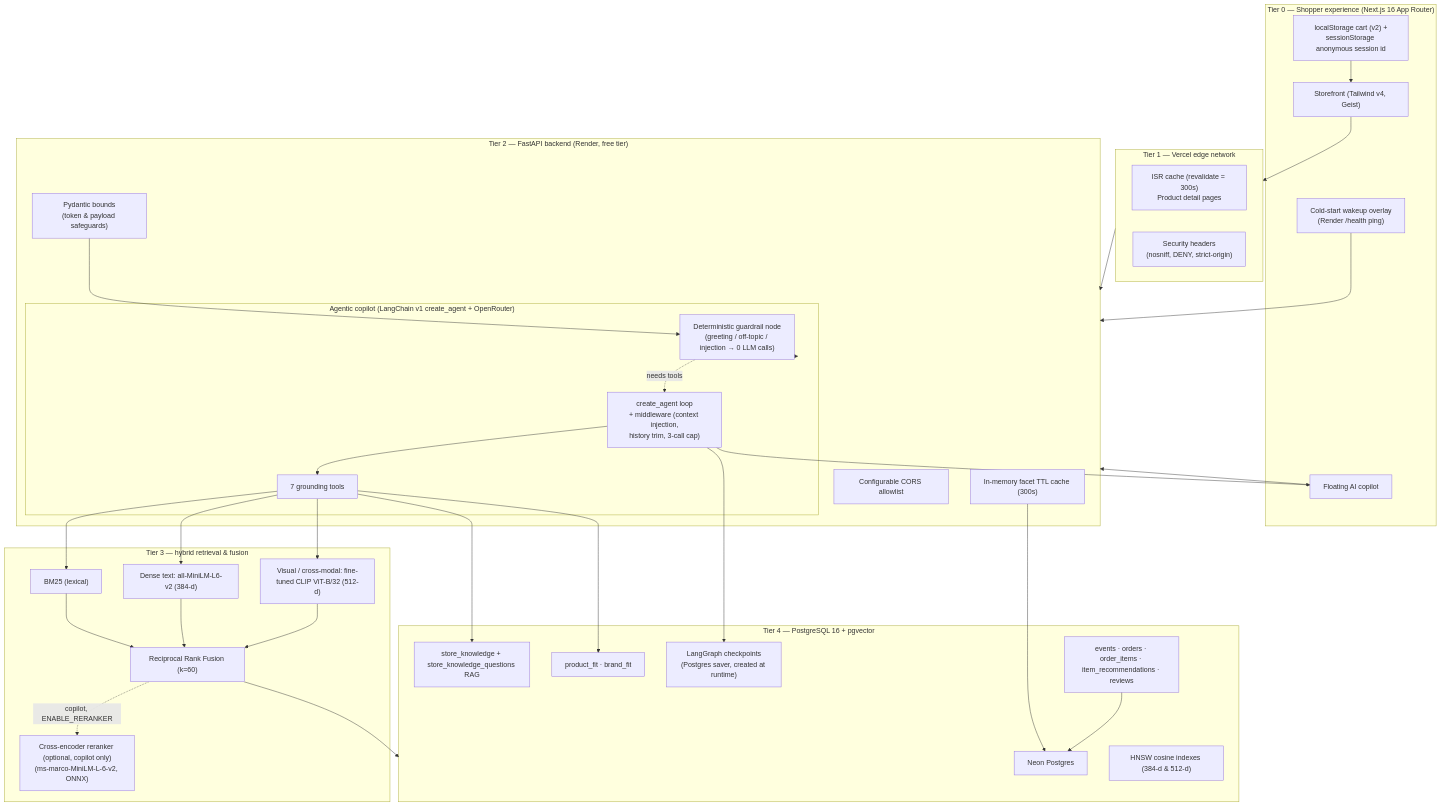
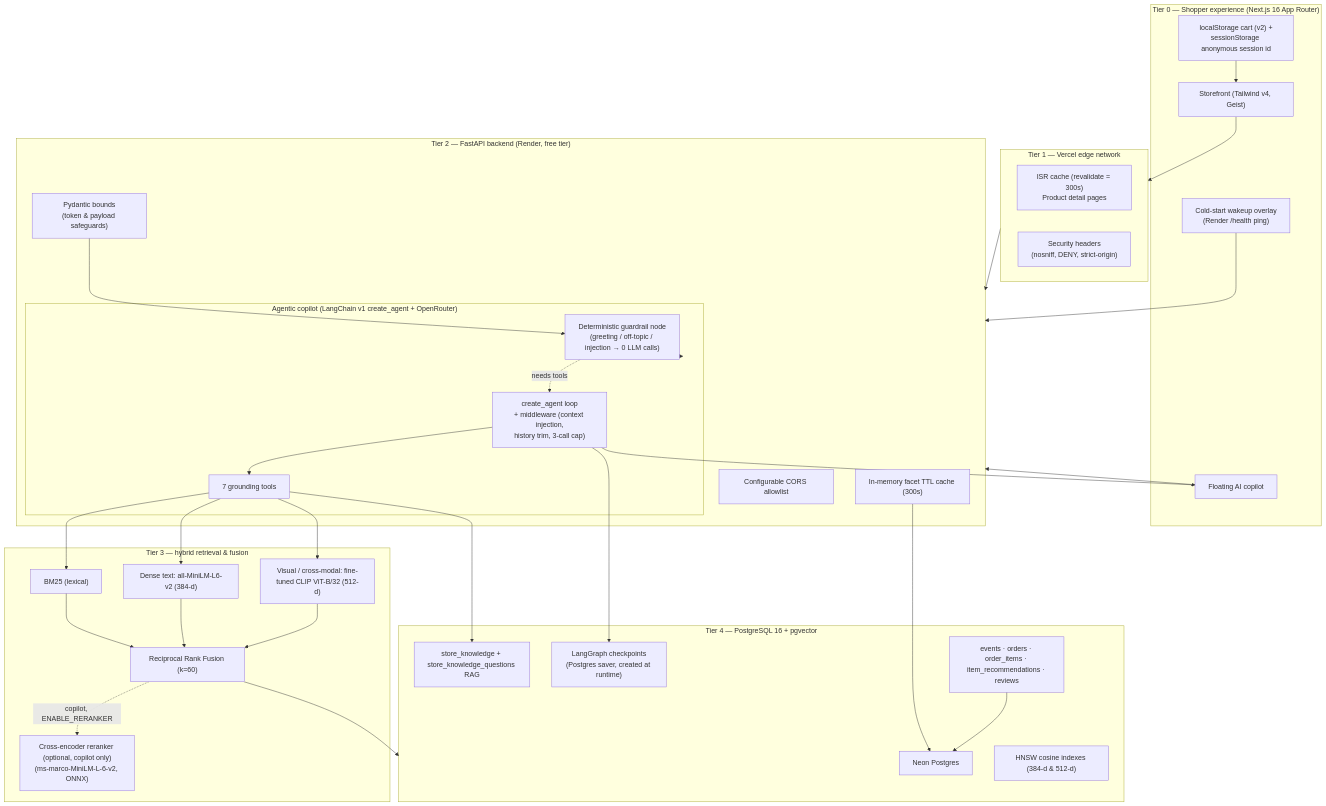
One commit to marknshoot/toko-marcell changed the first of 4 diagrams in README.md. Above: the diagram before and after it, drawn with Mermaid. The commit also changed other lines of this file and 25 other files, not shown here.

First line of the commit message:
refactor(sizing): drop review-derived fit signals, serve sizing from the authored chart

````diff
--- a/README.md
+++ b/README.md
@@ -171,59 +171,57 @@
 ```mermaid
 flowchart TD
     subgraph Client["Tier 0 — Shopper experience (Next.js 16 App Router)"]
         UI["Storefront (Tailwind v4, Geist)"]
         Chat["Floating AI copilot"]
         Wakeup["Cold-start wakeup overlay<br/>(Render /health ping)"]
         ClientState["localStorage cart (v2) +<br/>sessionStorage anonymous session id"]
     end
 
     subgraph Edge["Tier 1 — Vercel edge network"]
         ISR["ISR cache (revalidate = 300s)<br/>Product detail pages"]
         Headers["Security headers<br/>(nosniff, DENY, strict-origin)"]
     end
 
     subgraph API["Tier 2 — FastAPI backend (Render, free tier)"]
         CORS["Configurable CORS allowlist"]
         Cache["In-memory facet TTL cache (300s)"]
         Val["Pydantic bounds<br/>(token & payload safeguards)"]
         subgraph Orchestration["Agentic copilot (LangChain v1 create_agent + OpenRouter)"]
             Guard["Deterministic guardrail node<br/>(greeting / off-topic / injection → 0 LLM calls)"]
             Agent["create_agent loop<br/>+ middleware (context injection,<br/>history trim, 3-call cap)"]
             Tools7["7 grounding tools"]
         end
     end
 
     subgraph Retrieval["Tier 3 — hybrid retrieval & fusion"]
         BM25["BM25 (lexical)"]
         MiniLM["Dense text: all-MiniLM-L6-v2 (384-d)"]
         CLIP["Visual / cross-modal: fine-tuned CLIP ViT-B/32 (512-d)"]
         RRF["Reciprocal Rank Fusion (k=60)"]
         CE["Cross-encoder reranker (optional, copilot only)<br/>(ms-marco-MiniLM-L-6-v2, ONNX)"]
     end
 
     subgraph Storage["Tier 4 — PostgreSQL 16 + pgvector"]
         PG["Neon Postgres"]
         HNSW["HNSW cosine indexes (384-d & 512-d)"]
         RAG["store_knowledge + store_knowledge_questions RAG"]
-        Fit["product_fit · brand_fit"]
         Ckpt["LangGraph checkpoints<br/>(Postgres saver, created at runtime)"]
         Ops["events · orders · order_items · item_recommendations · reviews"]
     end
 
     UI --> Edge --> API
     Chat --> API
     Wakeup --> API
     ClientState --> UI
     API --> Guard
     Guard -. "needs tools" .-> Agent --> Tools7
     Tools7 --> BM25 & MiniLM & CLIP
     BM25 & MiniLM & CLIP --> RRF --> Storage
     RRF -. "copilot, ENABLE_RERANKER" .-> CE
     Tools7 --> RAG
-    Tools7 --> Fit
     Agent --> Ckpt
     Agent --> Chat
     Cache --> PG
     Val --> Guard
     Ops --> PG
 ```
````
